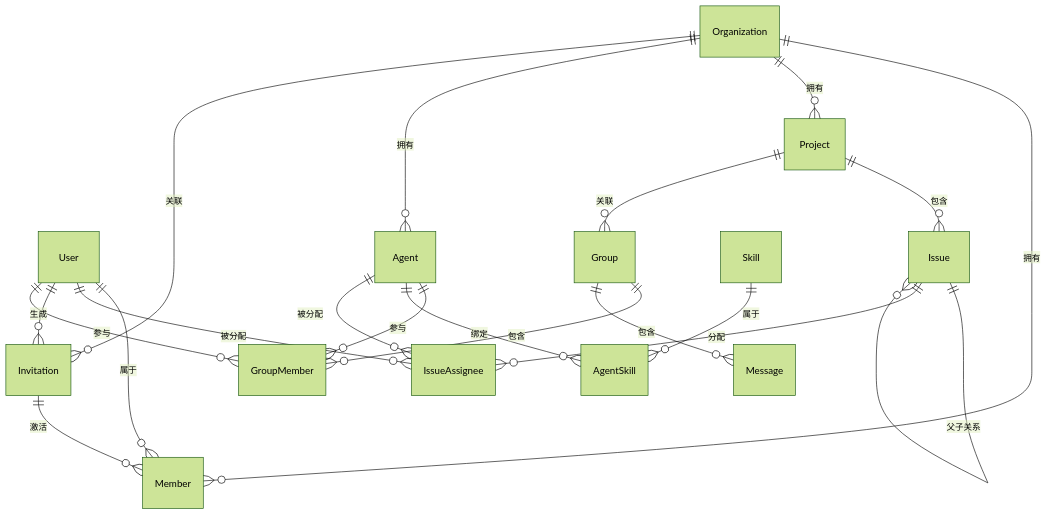
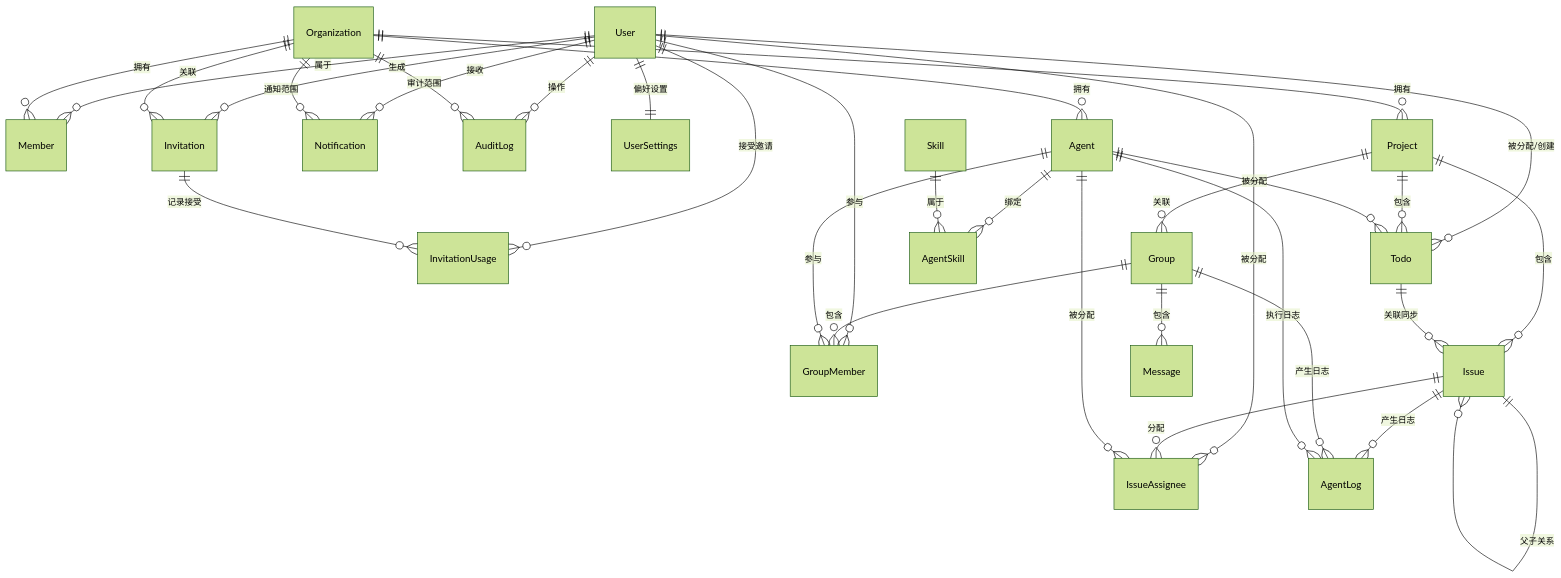
One commit to huagelong/anserFlow changed the third of 8 diagrams in docs/plan/architecture-analysis.md. Above: the diagram before and after it, drawn with Mermaid (forest theme). The commit also changed other lines of this file, not shown here.

First line of the commit message:
docs(architecture): 完善架构分析文档，更新技术栈和补充说明

````diff
--- a/docs/plan/architecture-analysis.md
+++ b/docs/plan/architecture-analysis.md
@@ -3594,22 +3679,35 @@
 ```mermaid
 erDiagram
     User ||--o{ Member : "属于"
     User ||--o{ IssueAssignee : "被分配"
     User ||--o{ Invitation : "生成"
+    User ||--o{ InvitationUsage : "接受邀请"
+    User ||--o{ Notification : "接收"
+    User ||--o{ AuditLog : "操作"
+    User ||--o{ GroupMember : "参与"
+    User ||--o{ Todo : "被分配/创建"
+    User ||--|| UserSettings : "偏好设置"
     Organization ||--o{ Member : "拥有"
     Organization ||--o{ Project : "拥有"
     Organization ||--o{ Agent : "拥有"
     Organization ||--o{ Invitation : "关联"
+    Organization ||--o{ AuditLog : "审计范围"
+    Organization ||--o{ Notification : "通知范围"
     Project ||--o{ Issue : "包含"
     Project ||--o{ Group : "关联"
+    Project ||--o{ Todo : "包含"
     Issue ||--o{ Issue : "父子关系"
     Issue ||--o{ IssueAssignee : "分配"
+    Issue ||--o{ AgentLog : "产生日志"
     Group ||--o{ GroupMember : "包含"
     Group ||--o{ Message : "包含"
+    Group ||--o{ AgentLog : "产生日志"
     Agent ||--o{ GroupMember : "参与"
     Agent ||--o{ AgentSkill : "绑定"
     Agent ||--o{ IssueAssignee : "被分配"
+    Agent ||--o{ AgentLog : "执行日志"
+    Agent ||--o{ Todo : "被分配"
     Skill ||--o{ AgentSkill : "属于"
-    User ||--o{ GroupMember : "参与"
-    Invitation ||--o{ Member : "激活"
+    Invitation ||--o{ InvitationUsage : "记录接受"
+    Todo ||--o{ Issue : "关联同步"
 ```
````
